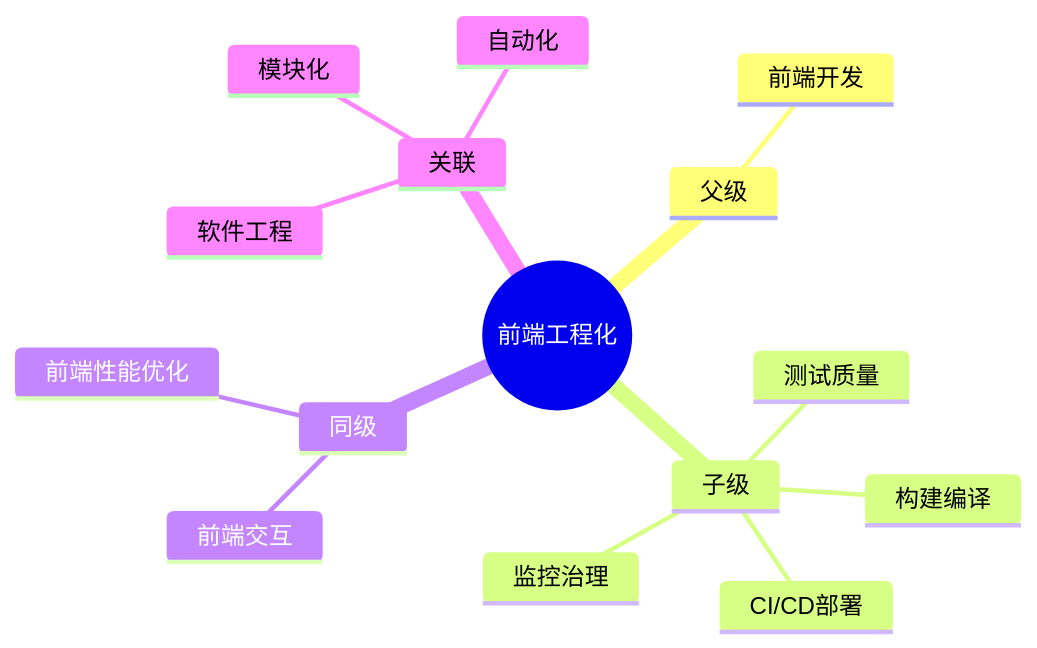
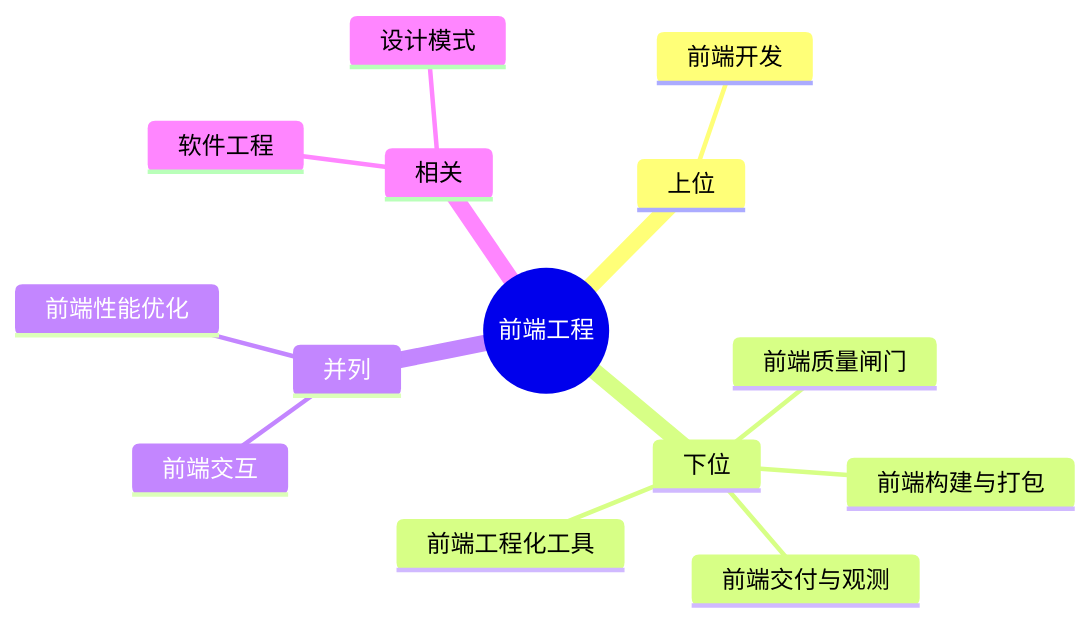
The diagram in content/20-AREAS/A-前端/前端工程.md (pedyc/dg.pedyc), drawn with Mermaid before and after one commit. The commit also changed other lines of this file and 44 other files, not shown here.

````diff
--- a/content/20-AREAS/A-前端/前端工程.md
+++ b/content/20-AREAS/A-前端/前端工程.md
@@ -136,18 +84,17 @@
 ```mermaid
 mindmap
-    root((前端工程化))
-        父级
+    root((前端工程))
+        上位
             前端开发
-        子级
-            构建编译
-            测试质量
-            CI/CD部署
-            监控治理
-        同级
+        下位
+            前端构建与打包
+            前端质量闸门
+            前端交付与观测
+            前端工程化工具
+        并列
             前端交互
             前端性能优化
-        关联
+        相关
             软件工程
-            模块化
-            自动化
+            设计模式
 ```
````
